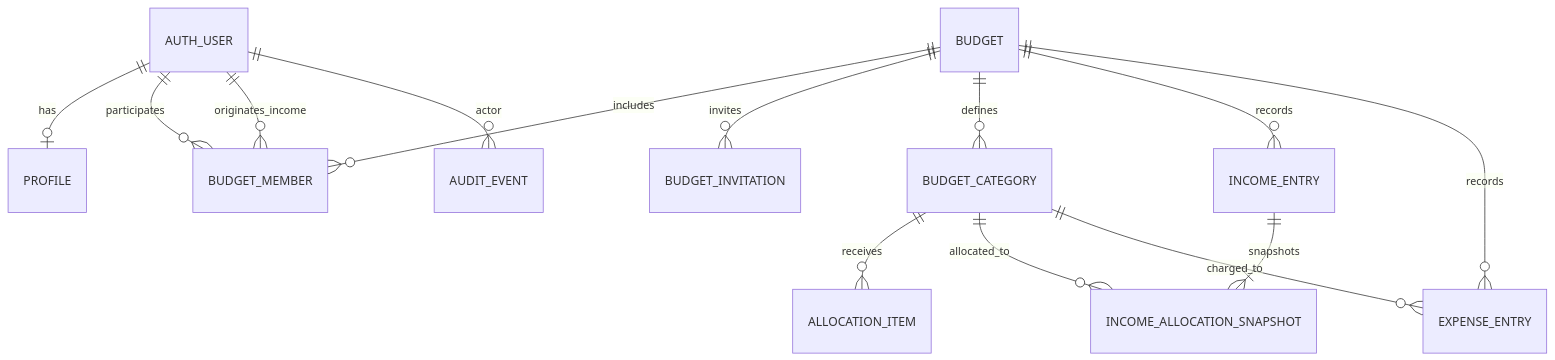
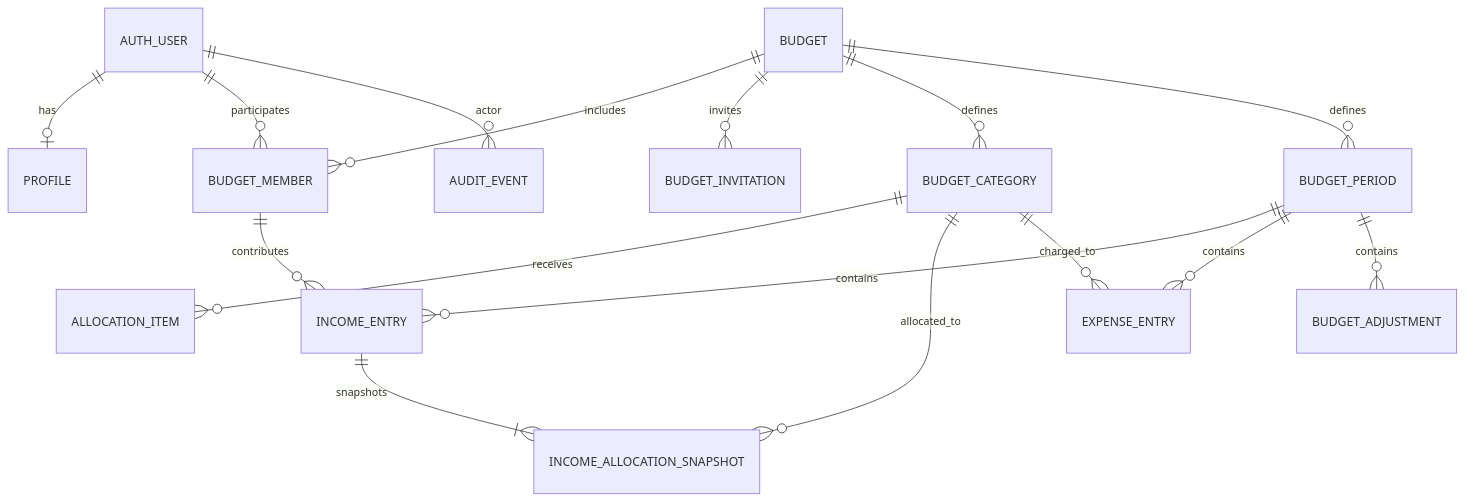
One commit to dconceicao01/SpendWise changed the second of 3 diagrams in docs/architecture.md. Above: the diagram before and after it, drawn with Mermaid. The commit also changed other lines of this file and 4 other files, not shown here.

````diff
--- a/docs/architecture.md
+++ b/docs/architecture.md
@@ -46,16 +47,18 @@
 ```mermaid
 erDiagram
   AUTH_USER ||--o| PROFILE : has
   AUTH_USER ||--o{ BUDGET_MEMBER : participates
   BUDGET ||--o{ BUDGET_MEMBER : includes
   BUDGET ||--o{ BUDGET_INVITATION : invites
   BUDGET ||--o{ BUDGET_CATEGORY : defines
   BUDGET_CATEGORY ||--o{ ALLOCATION_ITEM : receives
-  BUDGET ||--o{ INCOME_ENTRY : records
-  AUTH_USER ||--o{ BUDGET_MEMBER : originates_income
+  BUDGET ||--o{ BUDGET_PERIOD : defines
+  BUDGET_PERIOD ||--o{ INCOME_ENTRY : contains
+  BUDGET_MEMBER ||--o{ INCOME_ENTRY : contributes
   INCOME_ENTRY ||--|{ INCOME_ALLOCATION_SNAPSHOT : snapshots
   BUDGET_CATEGORY ||--o{ INCOME_ALLOCATION_SNAPSHOT : allocated_to
-  BUDGET ||--o{ EXPENSE_ENTRY : records
+  BUDGET_PERIOD ||--o{ EXPENSE_ENTRY : contains
   BUDGET_CATEGORY ||--o{ EXPENSE_ENTRY : charged_to
+  BUDGET_PERIOD ||--o{ BUDGET_ADJUSTMENT : contains
   AUTH_USER ||--o{ AUDIT_EVENT : actor
 ```
````
